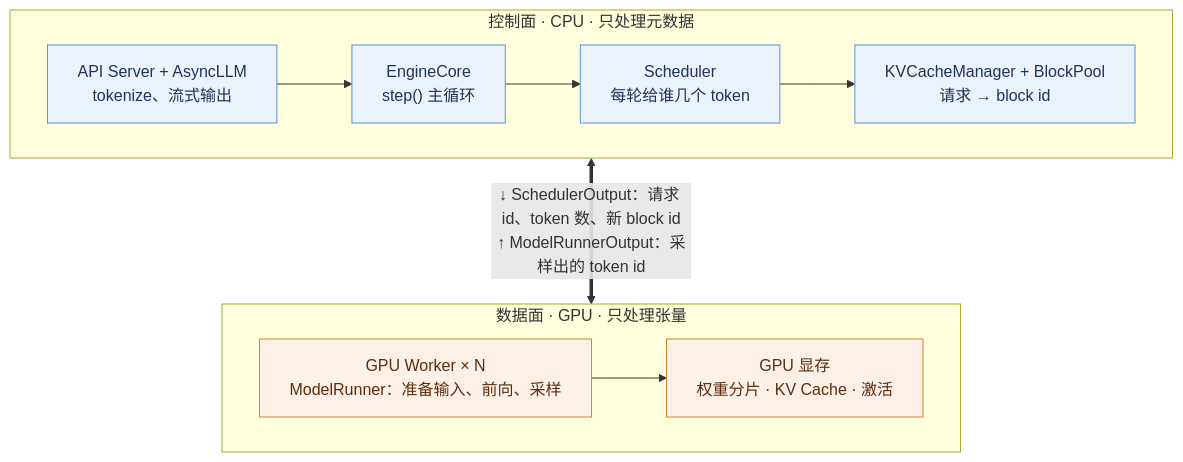
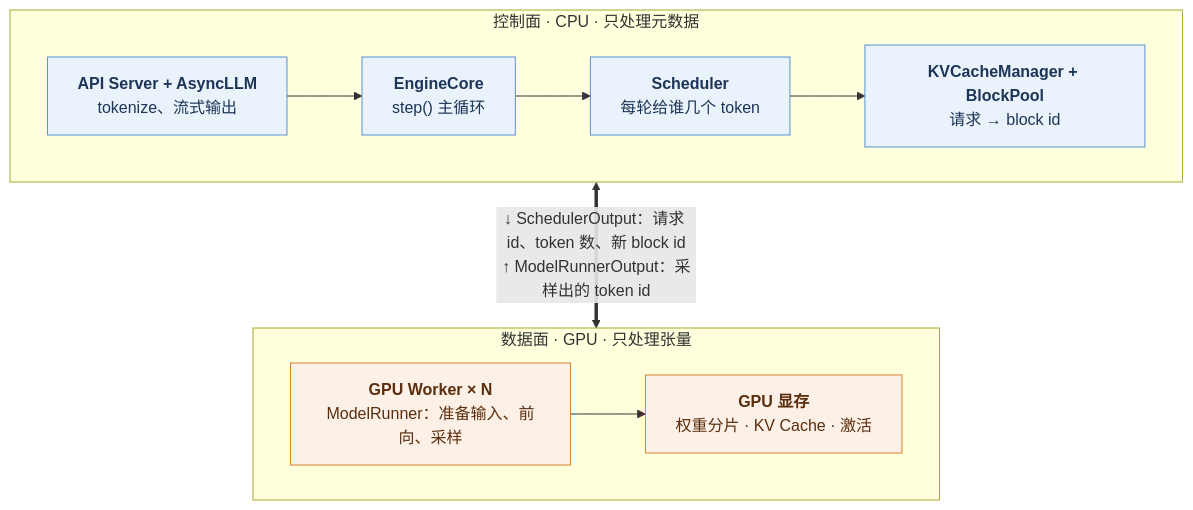
One commit to arganzheng/arganzheng.github.com changed the second of 3 diagrams in slides/2026-08-25-deep-dive-into-vllm.md. Above: the diagram before and after it, drawn with Mermaid. The commit also changed other lines of this file, not shown here.

Commit message:
大模型推理系统揭秘幻灯片：Mermaid 多行方框首行标为标题，与文章同步
另一会话把全站 Mermaid 多行方框的首行改成 <b>标题</b><br/>（AGENTS.md「Node titles」）；按「改文章同步刷新幻灯片」把幻灯片的 03 控制面 / 数据面图与 Executor → Worker → ModelRunner 图同样标注（后者与 03 正文现行源码一致）。标题加粗后控制面图变宽、最小字号 13.9px，wrappingWidth 400 → 220 后 check-render 通过。导航图里的并列行不是标题，保持原样。

````diff
--- a/slides/2026-08-25-deep-dive-into-vllm.md
+++ b/slides/2026-08-25-deep-dive-into-vllm.md
@@ -153,23 +153,23 @@
 ```mermaid
-%%{init: {"flowchart": {"wrappingWidth": 400}}}%%
+%%{init: {"flowchart": {"wrappingWidth": 220}}}%%
 flowchart TB
     subgraph CP["控制面 · CPU · 只处理元数据"]
         direction LR
-        API["API Server + AsyncLLM<br/>tokenize、流式输出"]
-        EngineCore["EngineCore<br/>step() 主循环"]
-        Scheduler["Scheduler<br/>每轮给谁几个 token"]
-        KV["KVCacheManager + BlockPool<br/>请求 → block id"]
+        API["<b>API Server + AsyncLLM</b><br/>tokenize、流式输出"]
+        EngineCore["<b>EngineCore</b><br/>step() 主循环"]
+        Scheduler["<b>Scheduler</b><br/>每轮给谁几个 token"]
+        KV["<b>KVCacheManager + BlockPool</b><br/>请求 → block id"]
         API --> EngineCore --> Scheduler --> KV
     end
     subgraph DP["数据面 · GPU · 只处理张量"]
         direction LR
-        Worker["GPU Worker × N<br/>ModelRunner：准备输入、前向、采样"]
-        Mem["GPU 显存<br/>权重分片 · KV Cache · 激活"]
+        Worker["<b>GPU Worker × N</b><br/>ModelRunner：准备输入、前向、采样"]
+        Mem["<b>GPU 显存</b><br/>权重分片 · KV Cache · 激活"]
         Worker --> Mem
     end
     CP <==>|"↓ SchedulerOutput：请求 id、token 数、新 block id<br/>↑ ModelRunnerOutput：采样出的 token id"| DP
     classDef cp fill:#eaf2fb,stroke:#5b8fd6,color:#1d3557
     classDef dp fill:#fdf0e6,stroke:#d9822b,color:#5a2e0e
     class API,EngineCore,Scheduler,KV cp
     class Worker,Mem dp
 ```
````
